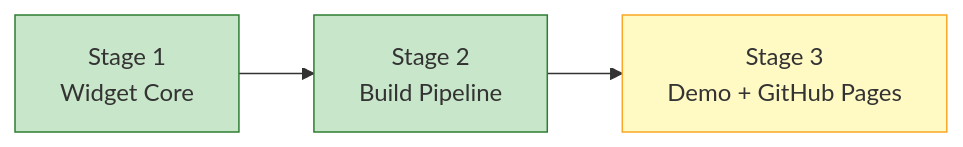
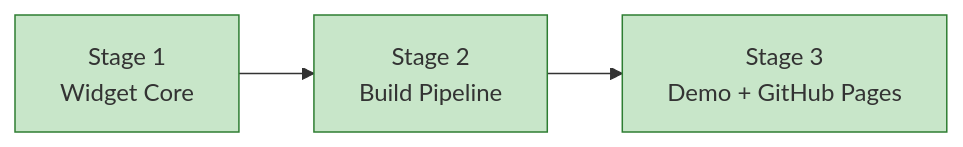
Before and after one commit to info-tech-io/web-terminal: the diagram in docs/proposals/epic-1-tps-mvp/child-6-phase1d-widget-demo/progress.md, drawn with Mermaid. The commit also changed other lines of this file and 4 other files, not shown here.

````diff
--- a/docs/proposals/epic-1-tps-mvp/child-6-phase1d-widget-demo/progress.md
+++ b/docs/proposals/epic-1-tps-mvp/child-6-phase1d-widget-demo/progress.md
@@ -8,9 +8,9 @@
 ```mermaid
 graph LR
     A["Stage 1\nWidget Core"] --> B["Stage 2\nBuild Pipeline"]
     B --> C["Stage 3\nDemo + GitHub Pages"]
 
     style A fill:#c8e6c9,stroke:#2e7d32
     style B fill:#c8e6c9,stroke:#2e7d32
-    style C fill:#fff9c4,stroke:#f9a825
+    style C fill:#c8e6c9,stroke:#2e7d32
 ```
````
